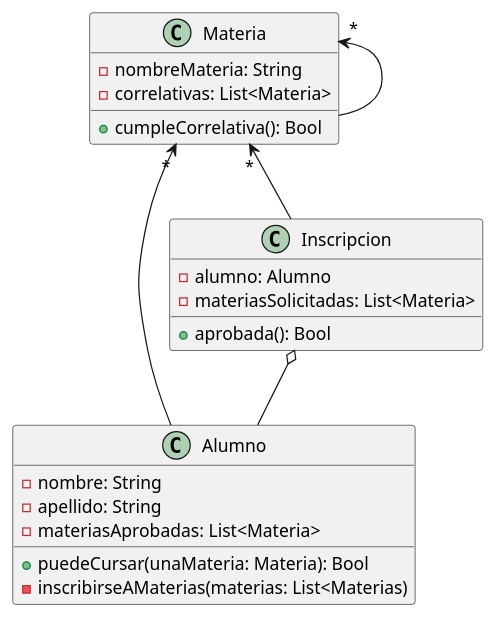
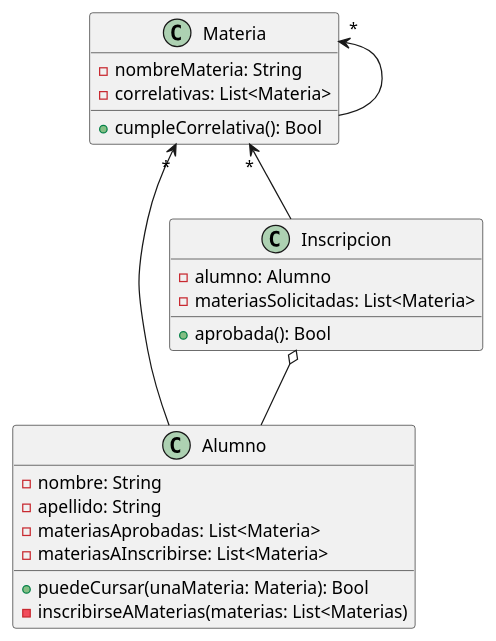
One commit to SantiFustinoni/Correlativas changed the diagram in src/Diagrama Inscripciones.puml. Above: the diagram before and after it, drawn with PlantUML. The commit also changed 5 other files, not shown here.

```diff
--- a/src/Diagrama Inscripciones.puml
+++ b/src/Diagrama Inscripciones.puml
@@ -1,38 +1,39 @@
 @startuml
 'https://plantuml.com/class-diagram
 
 class Materia
 class Alumno
 class Inscripcion
 
 Materia "*" <--  Alumno
 Materia "*" <-- Materia
 Materia "*" <-- Inscripcion
 Inscripcion o-- Alumno
 
 
 class Materia {
 -nombreMateria: String
 -correlativas: List<Materia>
 
 +cumpleCorrelativa(): Bool
 }
 
 class Alumno {
 -nombre: String
 -apellido: String
 -materiasAprobadas: List<Materia>
+-materiasAInscribirse: List<Materia>
 
 +puedeCursar(unaMateria: Materia): Bool
 -inscribirseAMaterias(materias: List<Materias)
 }
 
 class Inscripcion {
 -alumno: Alumno
 -materiasSolicitadas: List<Materia>
 
 +aprobada(): Bool
 
 }
 
 @enduml
```
